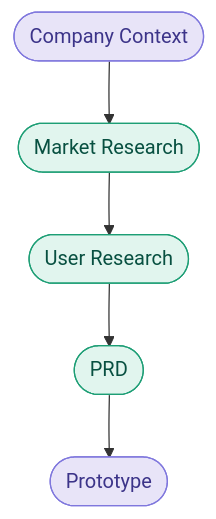
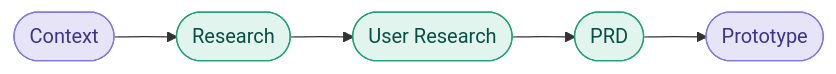
Before and after one commit to prasadmks/agentic-pm-harness: the diagram in README.md, drawn with Mermaid.

````diff
--- a/README.md
+++ b/README.md
@@ -17,13 +17,10 @@
 ```mermaid
-flowchart TD
-    A([Company Context]) --> B([Market Research])
-    B --> C([User Research])
-    C --> D([PRD])
-    D --> E([Prototype])
+flowchart LR
+    A([Context]) --> B([Research]) --> C([User Research]) --> D([PRD]) --> E([Prototype])
 
     style A fill:#e8e4f8,stroke:#7F77DD,color:#3C3489
     style B fill:#e1f5ee,stroke:#1D9E75,color:#085041
     style C fill:#e1f5ee,stroke:#1D9E75,color:#085041
     style D fill:#e1f5ee,stroke:#1D9E75,color:#085041
     style E fill:#e8e4f8,stroke:#7F77DD,color:#3C3489
 ```
````
